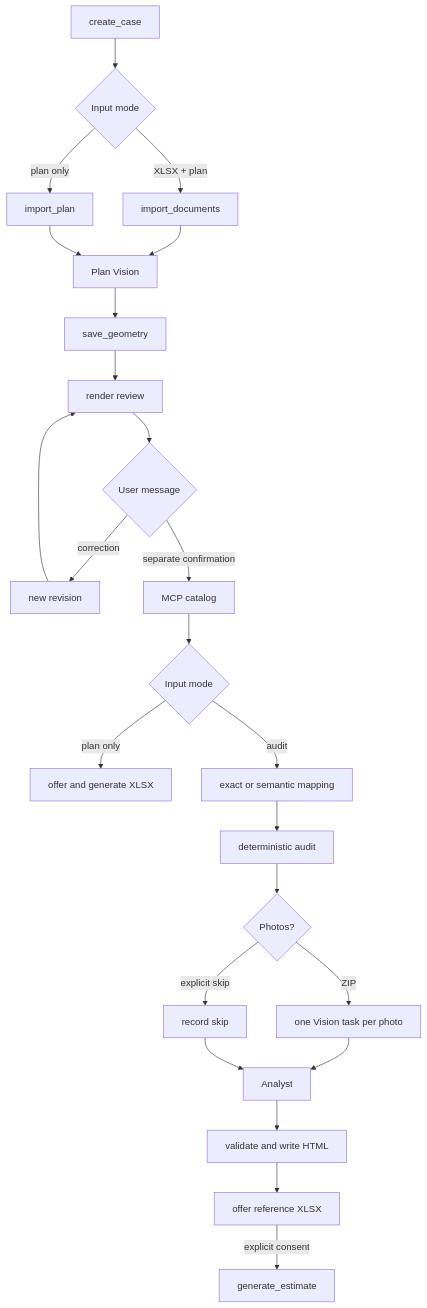
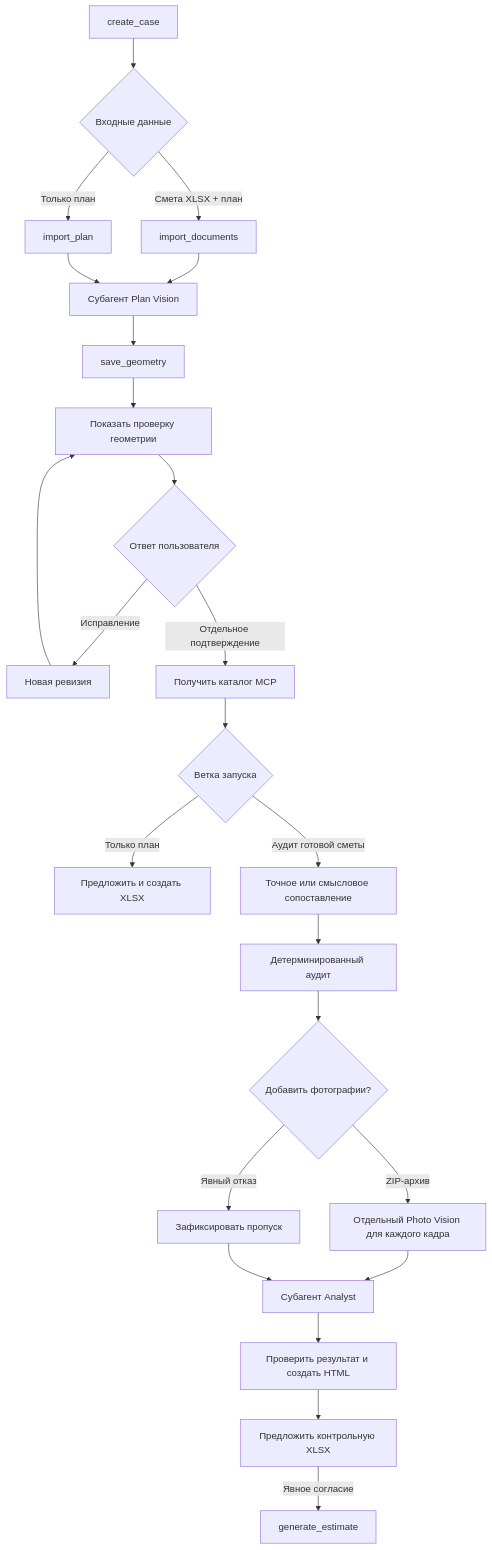
The diagram in docs/TECHNICAL.md (MichaelDavislol/construction_audit_mvp), drawn with Mermaid before and after one commit. The commit also changed other lines of this file and 97 other files, not shown here.

````diff
--- a/docs/TECHNICAL.md
+++ b/docs/TECHNICAL.md
@@ -63,26 +81,26 @@
 ```mermaid
 flowchart TD
-    A[create_case] --> B{Input mode}
-    B -->|XLSX + plan| C[import_documents]
-    B -->|plan only| D[import_plan]
-    C --> E[Plan Vision]
+    A[create_case] --> B{Входные данные}
+    B -->|Смета XLSX + план| C[import_documents]
+    B -->|Только план| D[import_plan]
+    C --> E[Субагент Plan Vision]
     D --> E
     E --> F[save_geometry]
-    F --> G[render review]
-    G --> H{User message}
-    H -->|correction| I[new revision]
+    F --> G[Показать проверку геометрии]
+    G --> H{Ответ пользователя}
+    H -->|Исправление| I[Новая ревизия]
     I --> G
-    H -->|separate confirmation| J[MCP catalog]
-    J --> K{Input mode}
-    K -->|plan only| L[offer and generate XLSX]
-    K -->|audit| M[exact or semantic mapping]
-    M --> N[deterministic audit]
-    N --> O{Photos?}
-    O -->|ZIP| P[one Vision task per photo]
-    O -->|explicit skip| Q[record skip]
-    P --> R[Analyst]
+    H -->|Отдельное подтверждение| J[Получить каталог MCP]
+    J --> K{Ветка запуска}
+    K -->|Только план| L[Предложить и создать XLSX]
+    K -->|Аудит готовой сметы| M[Точное или смысловое сопоставление]
+    M --> N[Детерминированный аудит]
+    N --> O{Добавить фотографии?}
+    O -->|ZIP-архив| P[Отдельный Photo Vision для каждого кадра]
+    O -->|Явный отказ| Q[Зафиксировать пропуск]
+    P --> R[Субагент Analyst]
     Q --> R
-    R --> S[validate and write HTML]
-    S --> T[offer reference XLSX]
-    T -->|explicit consent| U[generate_estimate]
+    R --> S[Проверить результат и создать HTML]
+    S --> T[Предложить контрольную XLSX]
+    T -->|Явное согласие| U[generate_estimate]
 ```
````
